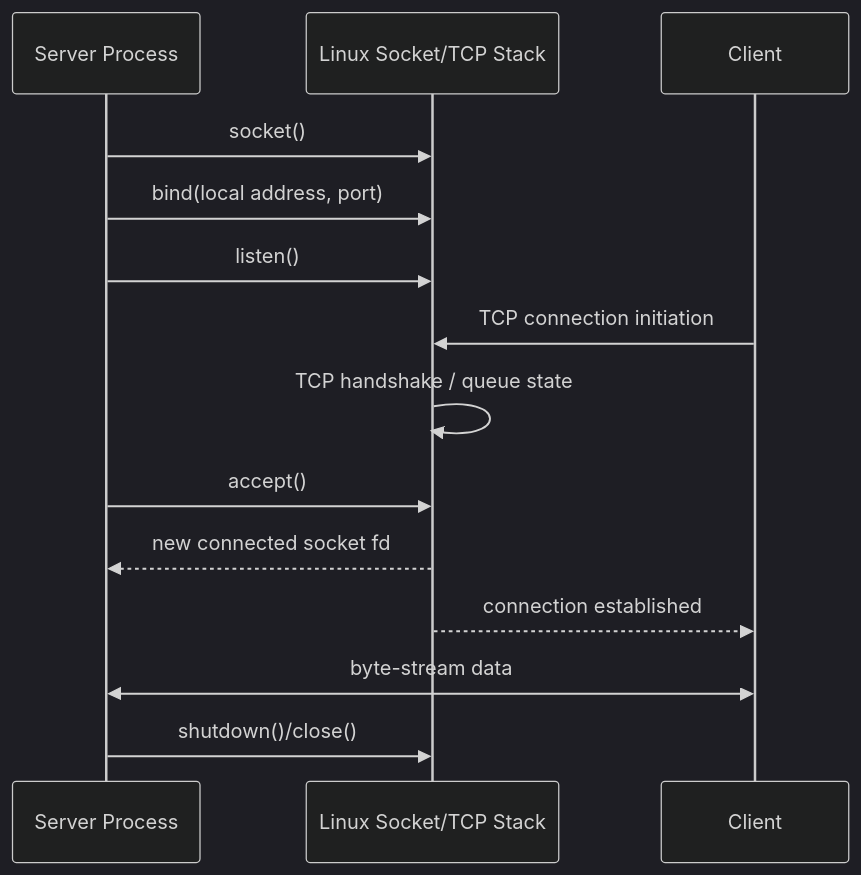
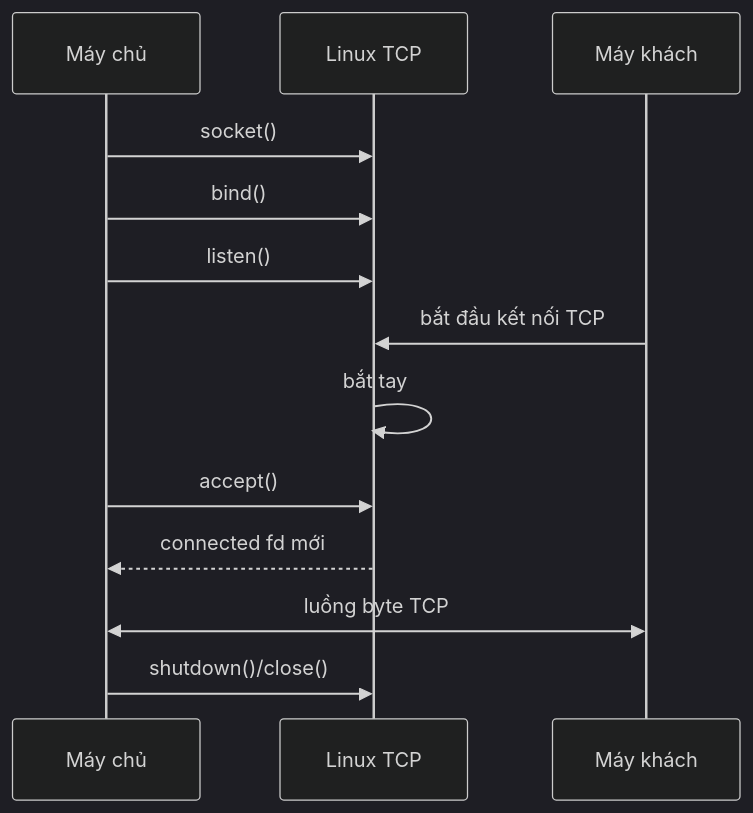
The first of 2 diagrams in phase-01/README-topic-09.md (hai-kevins/embedded-linux), drawn with Mermaid (dark theme) before and after one commit. The commit also changed other lines of this file and 9 other files, not shown here.

````diff
--- a/phase-01/README-topic-09.md
+++ b/phase-01/README-topic-09.md
@@ -1880,17 +1109,16 @@
 ```mermaid
 sequenceDiagram
-    participant S as Server Process
-    participant K as Linux Socket/TCP Stack
-    participant C as Client
+    participant S as Máy chủ
+    participant K as Linux TCP
+    participant C as Máy khách
 
     S->>K: socket()
-    S->>K: bind(local address, port)
+    S->>K: bind()
     S->>K: listen()
-    C->>K: TCP connection initiation
-    K->>K: TCP handshake / queue state
+    C->>K: bắt đầu kết nối TCP
+    K->>K: bắt tay
     S->>K: accept()
-    K-->>S: new connected socket fd
-    K-->>C: connection established
-    S<<->>C: byte-stream data
+    K-->>S: connected fd mới
+    S<<->>C: luồng byte TCP
     S->>K: shutdown()/close()
 ```
````
